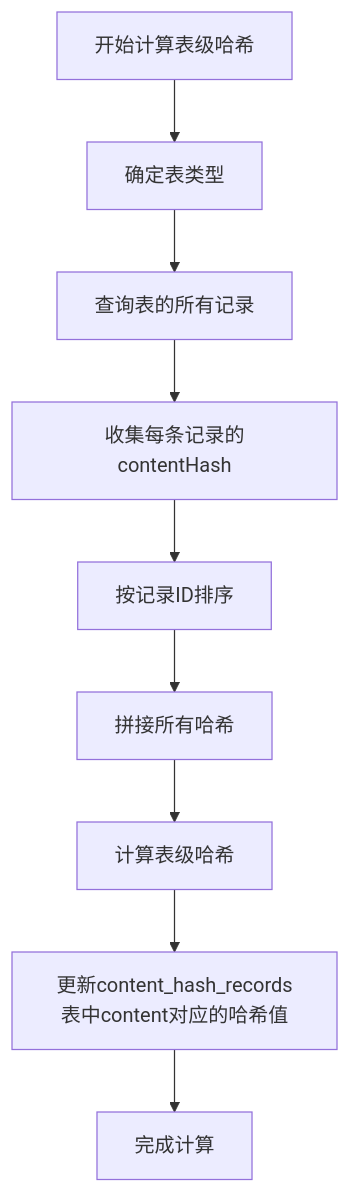
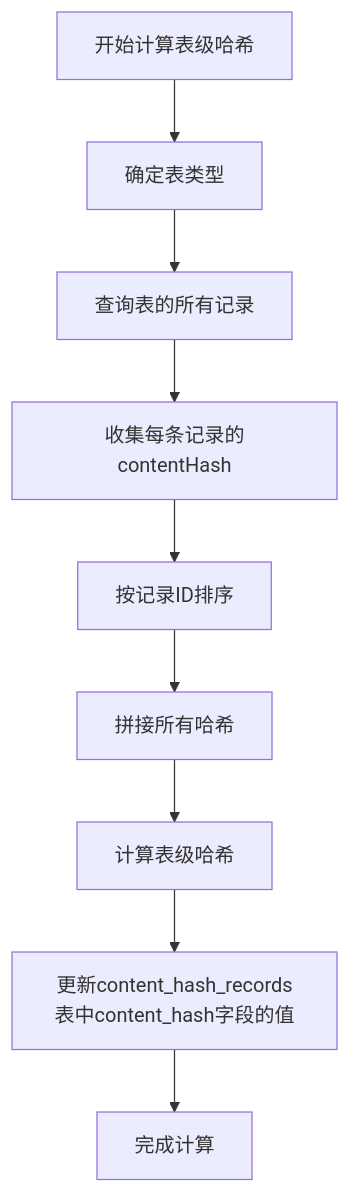
The diagram in all/未命名-47.md (yingjianzh/iodraw-files), drawn with Mermaid before and after one commit.

Commit message:
2025-04-29 14:08:41 update

````diff
--- a/all/未命名-47.md
+++ b/all/未命名-47.md
@@ -1,14 +1,14 @@
 ```mermaid
 flowchart TD
     Start[开始计算表级哈希] --> GetTableType[确定表类型]
     GetTableType --> QueryRecords[查询表的所有记录]
     QueryRecords --> CollectHashes[收集每条记录的contentHash]
     
     CollectHashes --> SortByIds[按记录ID排序]
     SortByIds --> ConcatHashes[拼接所有哈希]
     ConcatHashes --> ComputeTableHash[计算表级哈希]
     
-    ComputeTableHash --> UpdateStateTable[更新content_hash_records表中content对应的哈希值]
+    ComputeTableHash --> UpdateStateTable[更新content_hash_records表中content_hash字段的值]
     UpdateStateTable --> End[完成计算]
 
 ```
````
